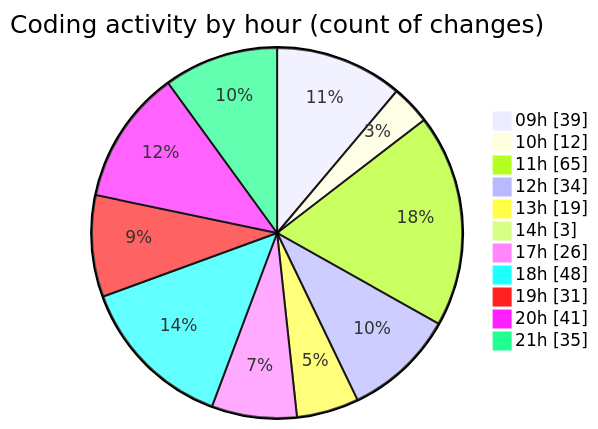
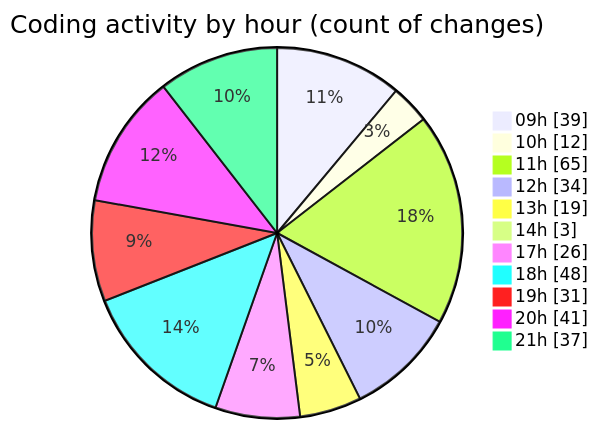
The second of 2 diagrams in 2025-03-04/cda/README.md (momahboobian/code-tracking), drawn with Mermaid before and after one commit. The commit also changed other lines of this file and 1 other file, not shown here.

````diff
--- a/2025-03-04/cda/README.md
+++ b/2025-03-04/cda/README.md
@@ -48,15 +48,15 @@
 ```mermaid
 pie showData
 title Coding activity by hour (count of changes)
 "09h" : 39
 "10h" : 12
 "11h" : 65
 "12h" : 34
 "13h" : 19
 "14h" : 3
 "17h" : 26
 "18h" : 48
 "19h" : 31
 "20h" : 41
-"21h" : 35
+"21h" : 37
 ```
````
